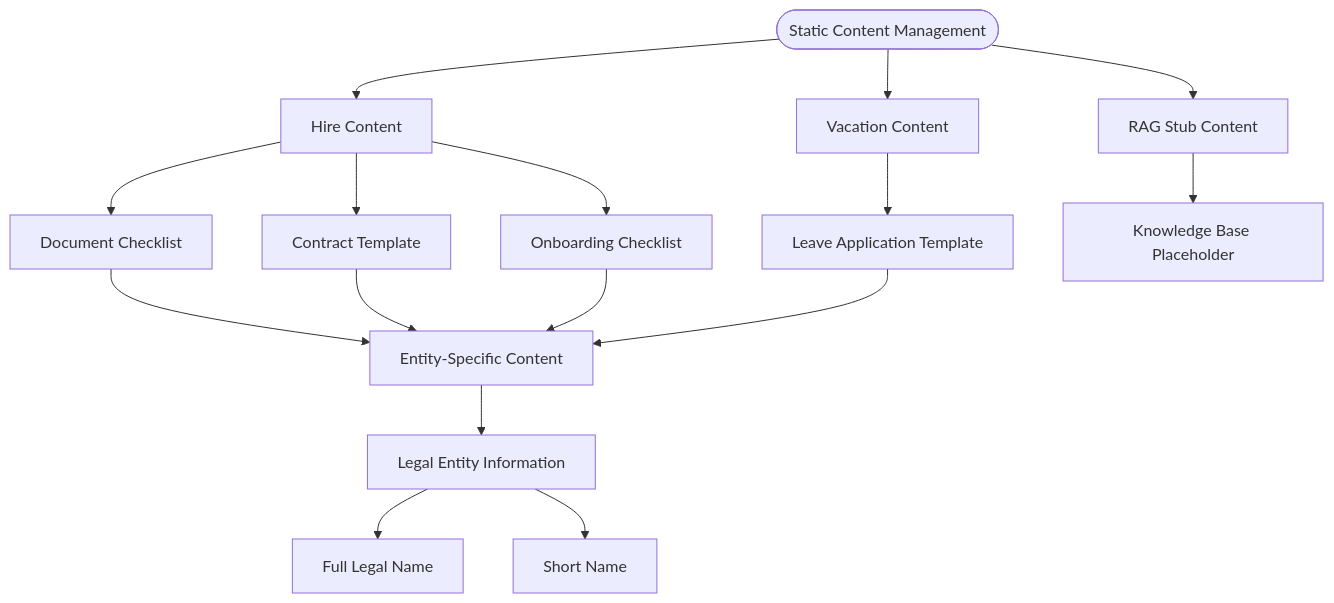
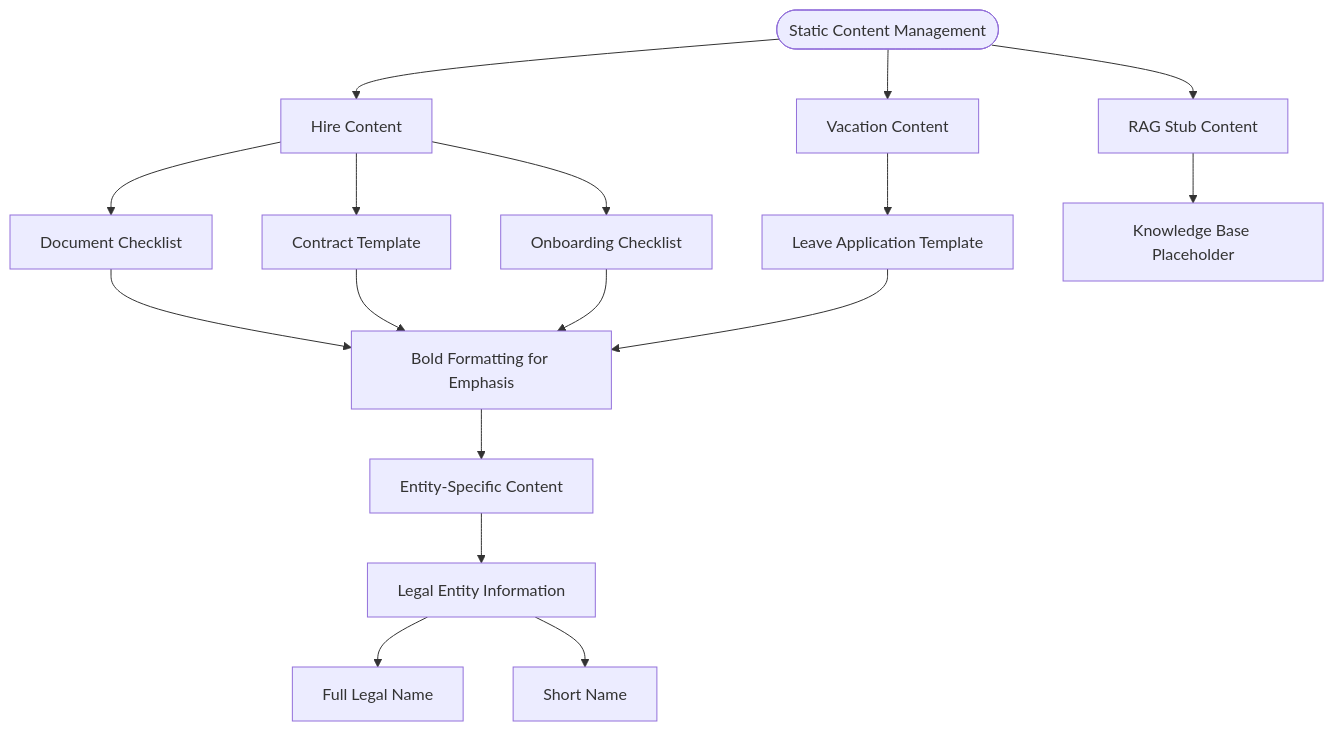
Before and after one commit to ognelis/cafetera_hr_bot: diagram 14 of 35 in .qoder/repowiki/en/content/VK Integration/VK Integration.md, drawn with Mermaid. The commit also changed other lines of this file and 10 other files, not shown here.

````diff
--- a/.qoder/repowiki/en/content/VK Integration/VK Integration.md
+++ b/.qoder/repowiki/en/content/VK Integration/VK Integration.md
@@ -904,18 +916,19 @@
 ```mermaid
 flowchart TD
 Start(["Static Content Management"]) --> Hire["Hire Content"]
 Start --> Vacation["Vacation Content"]
 Start --> RAGStub["RAG Stub Content"]
 Hire --> Checklist["Document Checklist"]
 Hire --> Contract["Contract Template"]
 Hire --> Onboarding["Onboarding Checklist"]
 Vacation --> Template["Leave Application Template"]
 RAGStub --> Placeholder["Knowledge Base Placeholder"]
-Checklist --> Entity["Entity-Specific Content"]
-Contract --> Entity
-Onboarding --> Entity
-Template --> Entity
-Entity --> LegalEntity["Legal Entity Information"]
+Checklist --> BoldFormatting["Bold Formatting for Emphasis"]
+Contract --> BoldFormatting
+Onboarding --> BoldFormatting
+Template --> BoldFormatting
+BoldFormatting --> EntitySpecific["Entity-Specific Content"]
+EntitySpecific --> LegalEntity["Legal Entity Information"]
 LegalEntity --> FullLegalName["Full Legal Name"]
 LegalEntity --> ShortName["Short Name"]
 ```
````
